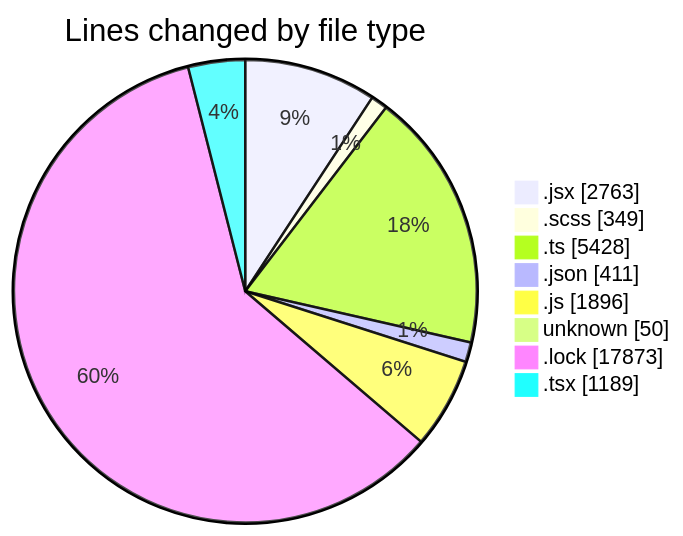
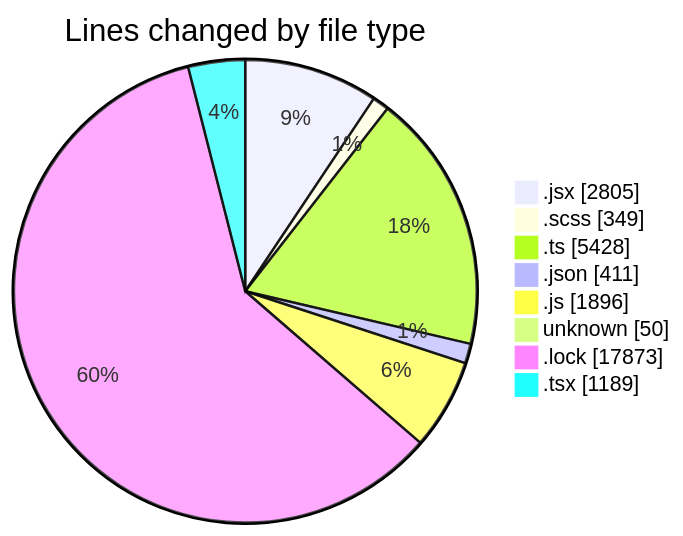
The first of 2 diagrams in 2026-09-01/cda/README.md (momahboobian/code-tracking), drawn with Mermaid before and after one commit. The commit also changed other lines of this file and 1 other file, not shown here.

````diff
--- a/2026-09-01/cda/README.md
+++ b/2026-09-01/cda/README.md
@@ -77,12 +77,12 @@
 ```mermaid
 pie showData
 title Lines changed by file type
-".jsx" : 2763
+".jsx" : 2805
 ".scss" : 349
 ".ts" : 5428
 ".json" : 411
 ".js" : 1896
 "unknown" : 50
 ".lock" : 17873
 ".tsx" : 1189
 ```
````
